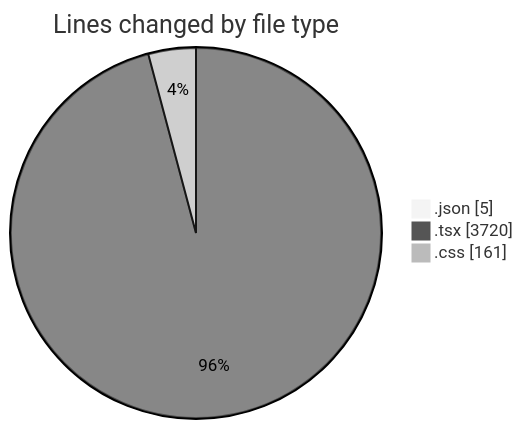
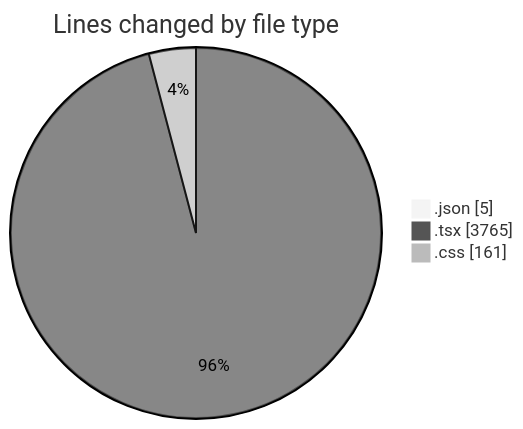
The first of 2 diagrams in 2025-05-29/advertise/README.md (Elitesun/code-tracking), drawn with Mermaid (neutral theme) before and after one commit. The commit also changed other lines of this file and 1 other file, not shown here.

````diff
--- a/2025-05-29/advertise/README.md
+++ b/2025-05-29/advertise/README.md
@@ -34,7 +34,7 @@
 ```mermaid
 pie showData
 title Lines changed by file type
 ".json" : 5
-".tsx" : 3720
+".tsx" : 3765
 ".css" : 161
 ```
````
